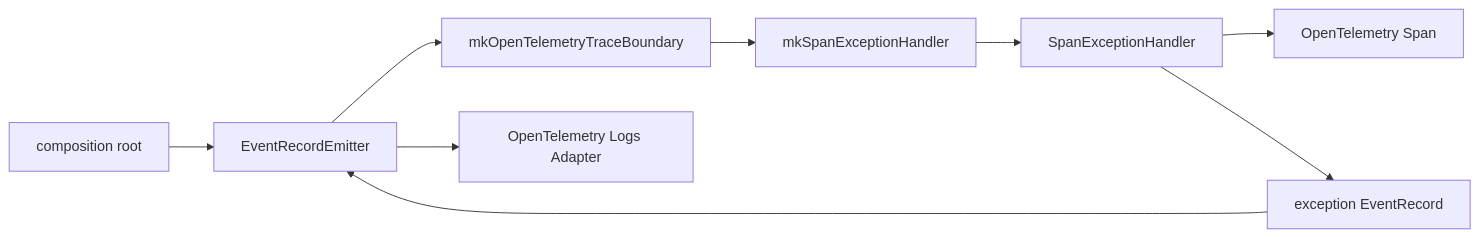
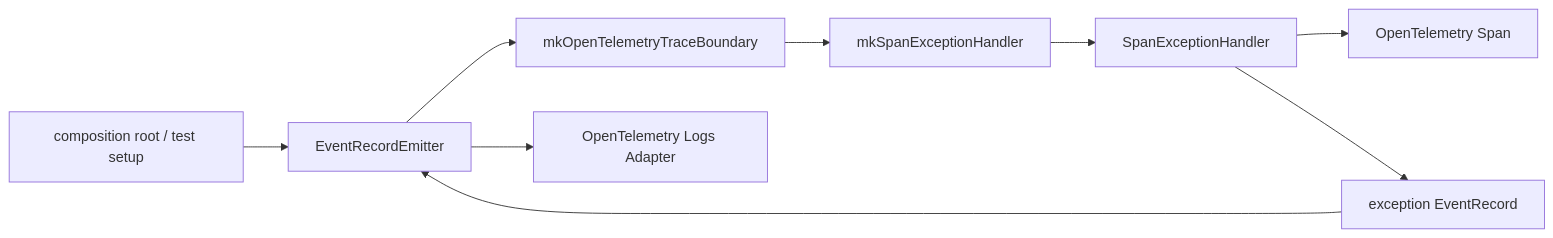
One commit to takashit16833/Workbench changed the third of 3 diagrams in Notes/RAGScope/RAGScopeアプリケーション/RAGScopeアプリケーション Haskellライブラリ・モジュールマップ.md. Above: the diagram before and after it, drawn with Mermaid. The commit also changed other lines of this file, not shown here.

Commit message:
色分けと重複する公開状態の説明を削除

````diff
--- a/Notes/RAGScope/RAGScopeアプリケーション/RAGScopeアプリケーション Haskellライブラリ・モジュールマップ.md
+++ b/Notes/RAGScope/RAGScopeアプリケーション/RAGScopeアプリケーション Haskellライブラリ・モジュールマップ.md
@@ -81,20 +79,20 @@
 ```mermaid
 flowchart LR
-  caller["composition root"]
+  caller["composition root / test setup"]
   emitter["EventRecordEmitter"]
   mkTrace["mkOpenTelemetryTraceBoundary"]
   mkHandler["mkSpanExceptionHandler"]
   handler["SpanExceptionHandler"]
   span["OpenTelemetry Span"]
   event["exception EventRecord"]
   logs["OpenTelemetry Logs Adapter"]
 
   caller --> emitter
   emitter --> mkTrace
   mkTrace --> mkHandler
   mkHandler --> handler
   handler --> span
   handler --> event
   event --> emitter
   emitter --> logs
 ```
````
